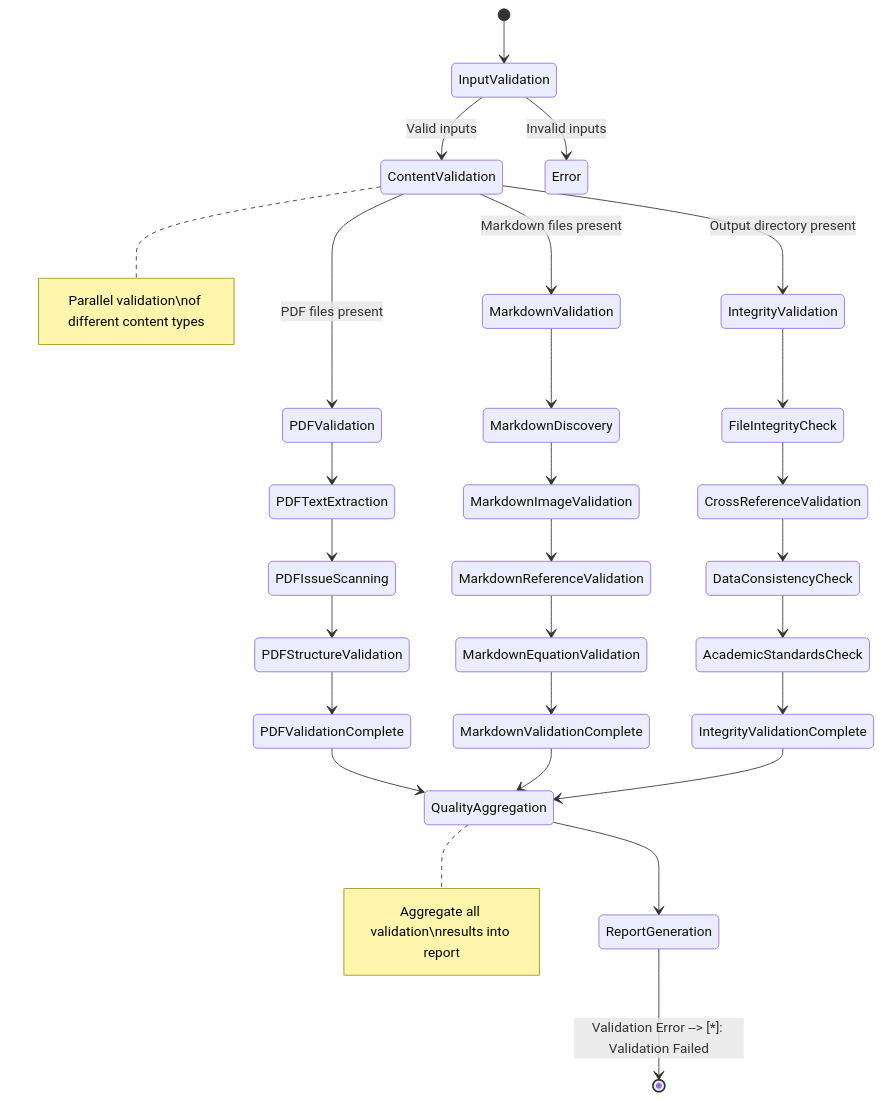
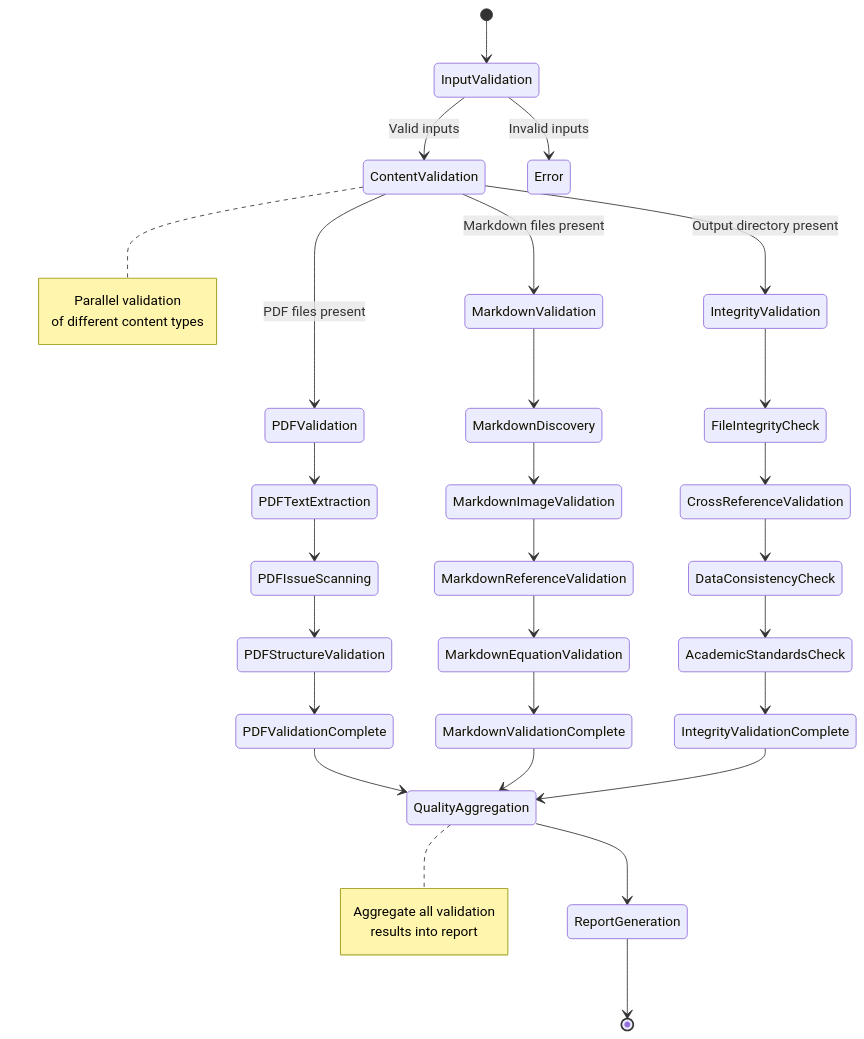
One commit to docxology/template changed the fourth of 4 diagrams in infrastructure/validation/README.md. Above: the diagram before and after it, drawn with Mermaid. The commit also changed other lines of this file and 164 other files, not shown here.

````diff
--- a/infrastructure/validation/README.md
+++ b/infrastructure/validation/README.md
@@ -220,38 +218,37 @@
 ```mermaid
 stateDiagram-v2
-%% noqa: docs-lint — pre-existing diagram, see TO-DO MED4 follow-up to repair syntax
     [*] --> InputValidation
     InputValidation --> ContentValidation: Valid inputs
     InputValidation --> Error: Invalid inputs
 
     ContentValidation --> PDFValidation: PDF files present
     ContentValidation --> MarkdownValidation: Markdown files present
     ContentValidation --> IntegrityValidation: Output directory present
 
     PDFValidation --> PDFTextExtraction
     PDFTextExtraction --> PDFIssueScanning
     PDFIssueScanning --> PDFStructureValidation
     PDFStructureValidation --> PDFValidationComplete
 
     MarkdownValidation --> MarkdownDiscovery
     MarkdownDiscovery --> MarkdownImageValidation
     MarkdownImageValidation --> MarkdownReferenceValidation
     MarkdownReferenceValidation --> MarkdownEquationValidation
     MarkdownEquationValidation --> MarkdownValidationComplete
 
     IntegrityValidation --> FileIntegrityCheck
     FileIntegrityCheck --> CrossReferenceValidation
     CrossReferenceValidation --> DataConsistencyCheck
     DataConsistencyCheck --> AcademicStandardsCheck
     AcademicStandardsCheck --> IntegrityValidationComplete
 
     PDFValidationComplete --> QualityAggregation
     MarkdownValidationComplete --> QualityAggregation
     IntegrityValidationComplete --> QualityAggregation
 
     QualityAggregation --> ReportGeneration
-    ReportGeneration --> [*]: Validation Error --> [*]: Validation Failed
+    ReportGeneration --> [*]
 
-    note right of ContentValidation : Parallel validation\nof different content types
-    note right of QualityAggregation : Aggregate all validation\nresults into report
+    note right of ContentValidation : Parallel validation<br/>of different content types
+    note right of QualityAggregation : Aggregate all validation<br/>results into report
 ```
````
